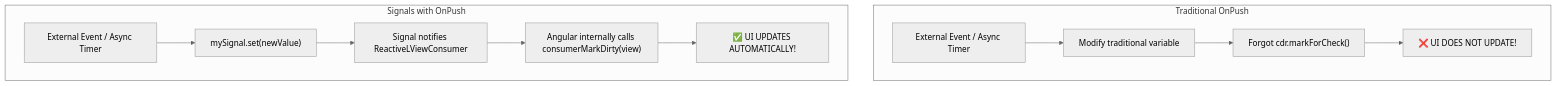
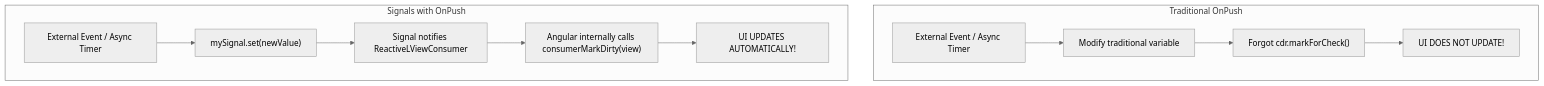
One commit to AshutoshChoubey/angular-interview-worldgyan.com changed the fifth of 7 diagrams in signals/angular-signals-interview-guide.md. Above: the diagram before and after it, drawn with Mermaid (neutral theme). The commit also changed other lines of this file and 1 other file, not shown here.

Commit message:
fix(docs): fix Mermaid diagram syntax errors for GitHub rendering

````diff
--- a/signals/angular-signals-interview-guide.md
+++ b/signals/angular-signals-interview-guide.md
@@ -430,15 +431,15 @@
 ```mermaid
-graph TD
-    subgraph Traditional OnPush
+flowchart TD
+    subgraph Trad ["Traditional OnPush"]
         Event1["External Event / Async Timer"] --> Mod1["Modify traditional variable"]
         Mod1 --> Forgotten["Forgot cdr.markForCheck()"]
-        Forgotten --> NoUpdate["❌ UI DOES NOT UPDATE!"]
+        Forgotten --> NoUpdate["UI DOES NOT UPDATE!"]
     end
 
-    subgraph Signals with OnPush
+    subgraph SigPush ["Signals with OnPush"]
         Event2["External Event / Async Timer"] --> Mod2["mySignal.set(newValue)"]
         Mod2 --> AutoMark["Signal notifies ReactiveLViewConsumer"]
         AutoMark --> InternalMark["Angular internally calls consumerMarkDirty(view)"]
-        InternalMark --> UIUpdate["✅ UI UPDATES AUTOMATICALLY!"]
+        InternalMark --> UIUpdate["UI UPDATES AUTOMATICALLY!"]
     end
 ```
````
